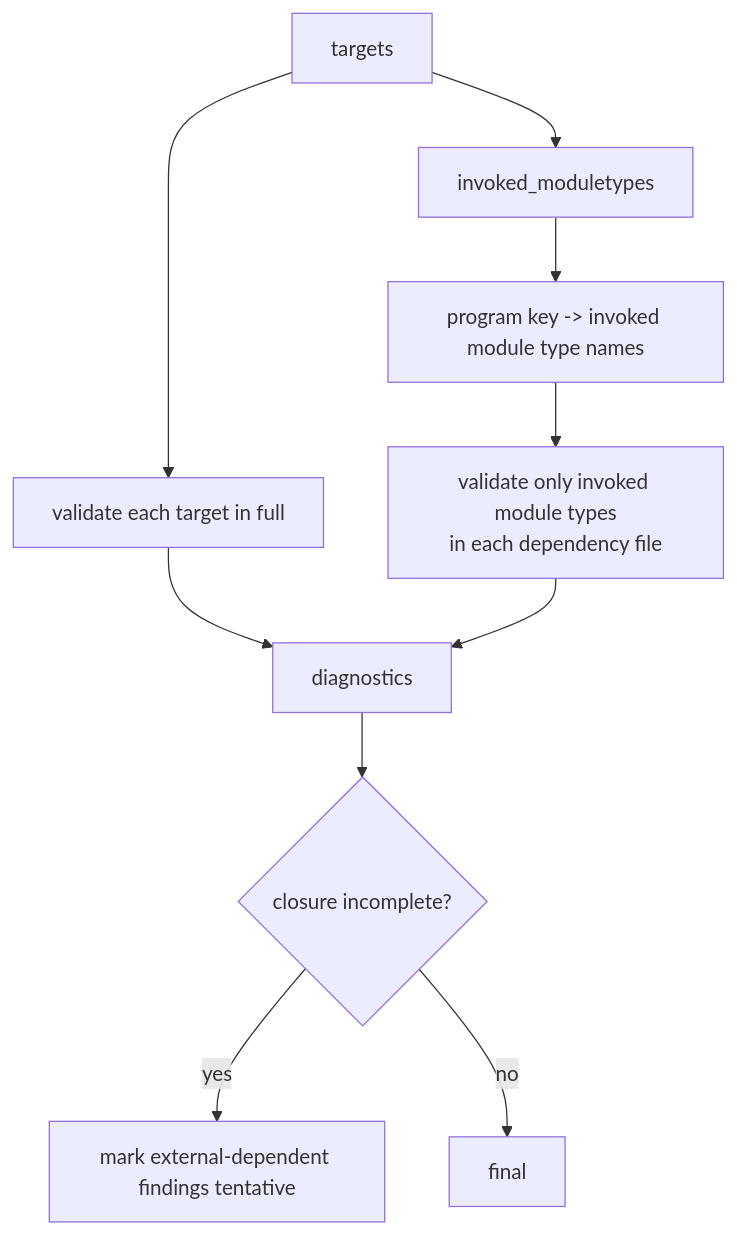
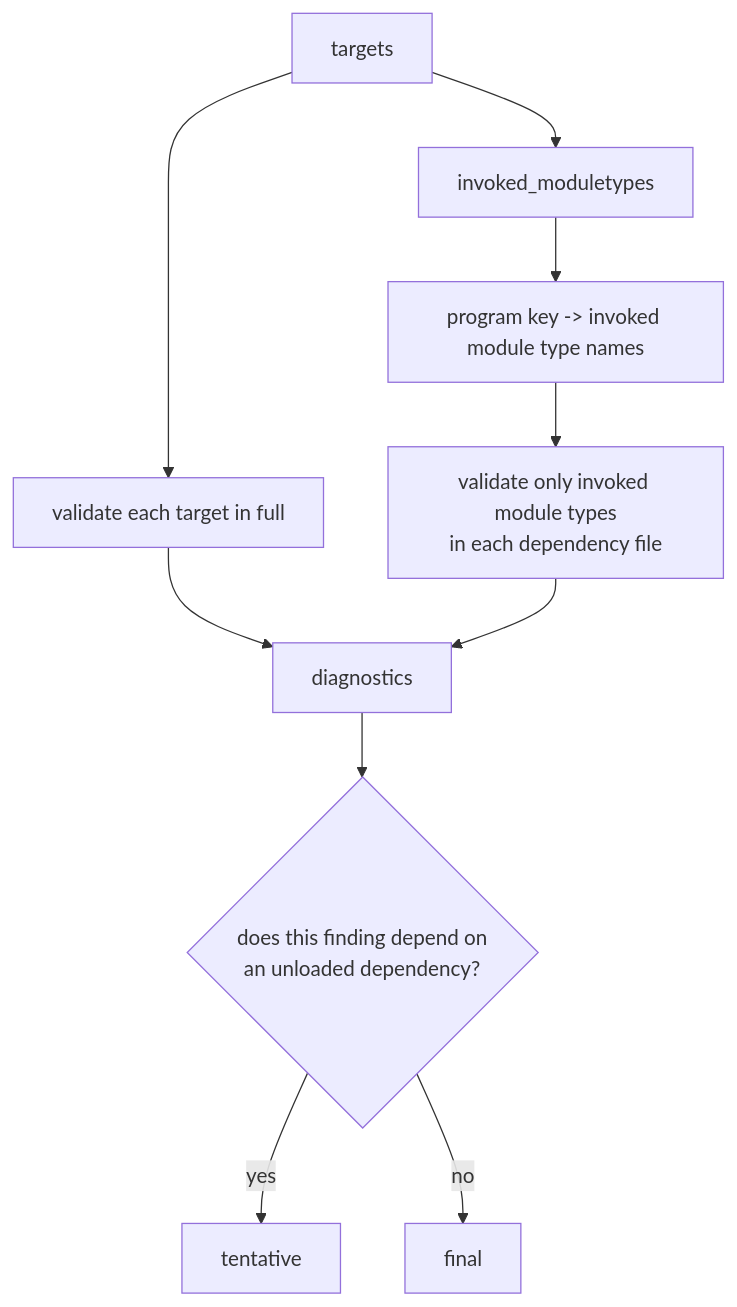
The fifth of 7 diagrams in docs/project.md (SorenHJohansen/sattline-parser), drawn with Mermaid before and after one commit. The commit also changed other lines of this file and 157 other files, not shown here.

````diff
--- a/docs/project.md
+++ b/docs/project.md
@@ -230,12 +256,12 @@
 ```mermaid
 flowchart TB
     T["targets"] --> R["invoked_moduletypes"]
     R --> M["program key -> invoked module type names"]
     T --> TV["validate each target in full"]
     M --> DV["validate only invoked module types<br/>in each dependency file"]
     TV --> D["diagnostics"]
     DV --> D
-    D --> TENT{"closure incomplete?"}
-    TENT -->|yes| TM["mark external-dependent findings tentative"]
+    D --> TENT{"does this finding depend on<br/>an unloaded dependency?"}
+    TENT -->|yes| TM["tentative"]
     TENT -->|no| FIN["final"]
 ```
````
